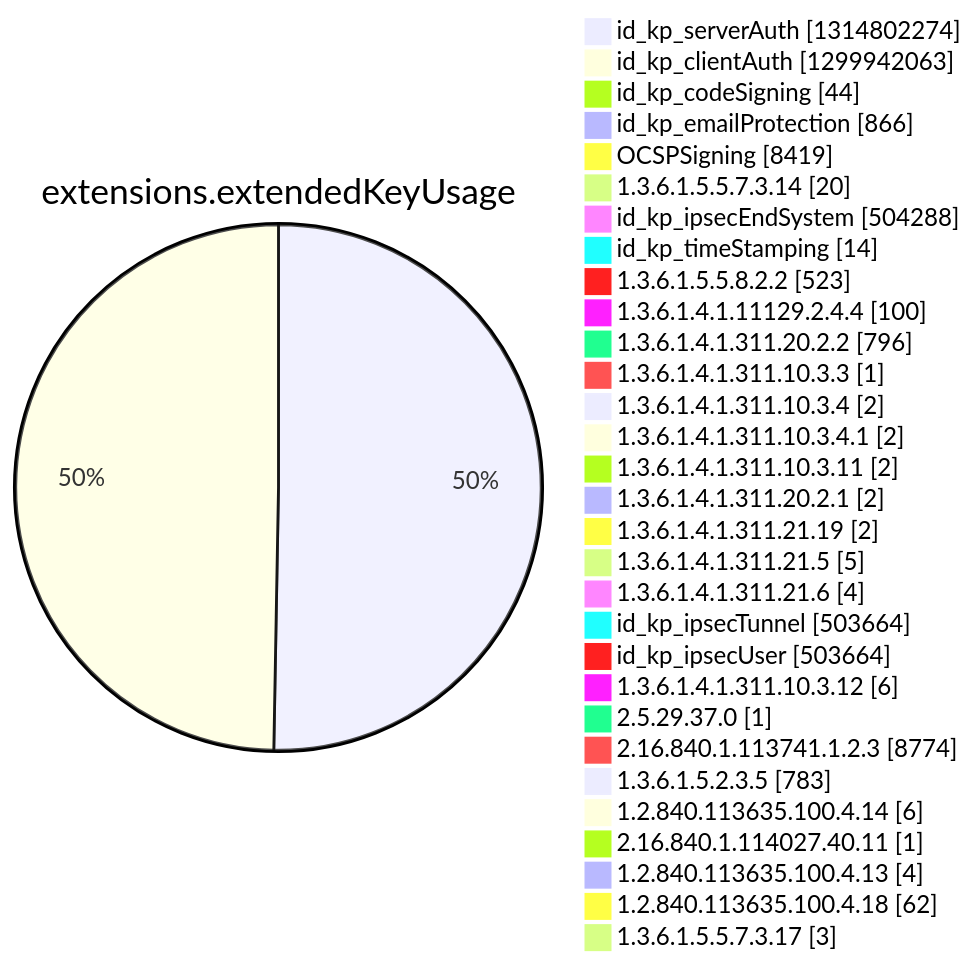
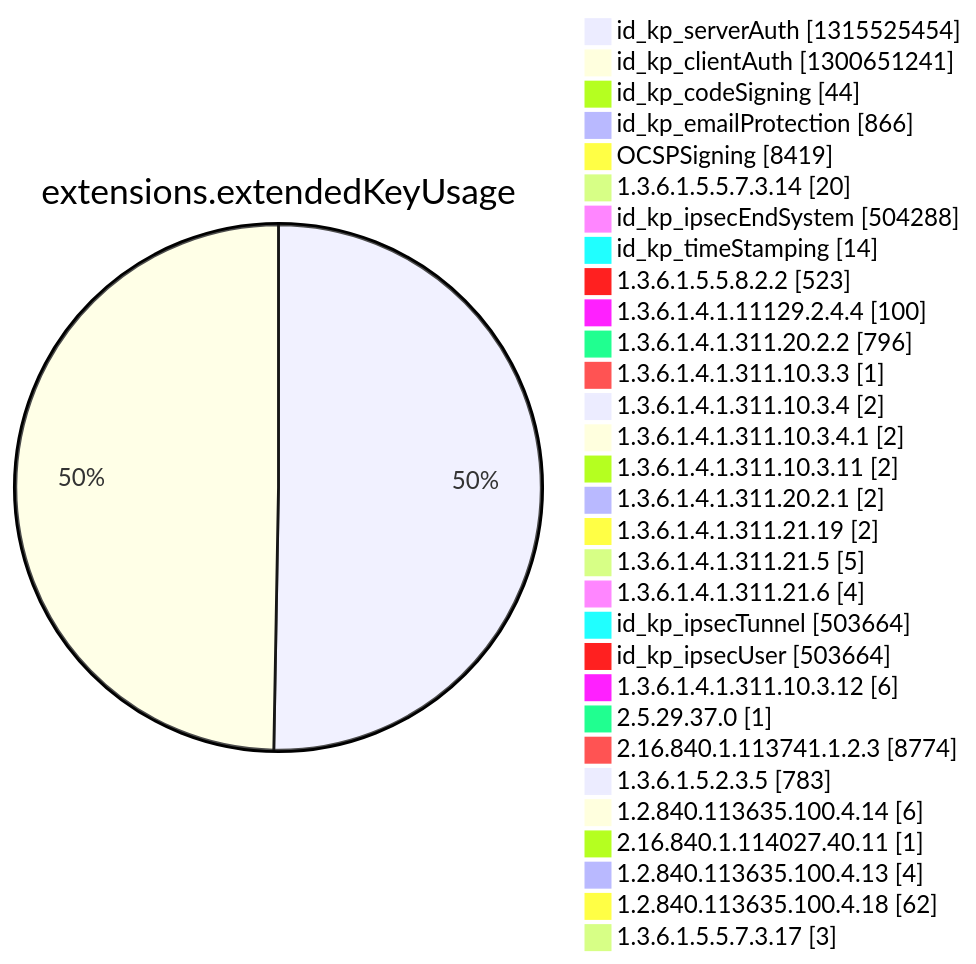
Before and after one commit to christiankrug/ctmonitor_visualization: diagram 12 of 15 in argon2022/README.md, drawn with Mermaid. The commit also changed other lines of this file, not shown here.

````diff
--- a/argon2022/README.md
+++ b/argon2022/README.md
@@ -3552,34 +3552,34 @@
 ```mermaid
 pie showData
 title extensions.extendedKeyUsage
-"id_kp_serverAuth" :1314802274
-"id_kp_clientAuth" :1299942063
+"id_kp_serverAuth" :1315525454
+"id_kp_clientAuth" :1300651241
 "id_kp_codeSigning" :44
 "id_kp_emailProtection" :866
 "OCSPSigning" :8419
 "1.3.6.1.5.5.7.3.14" :20
 "id_kp_ipsecEndSystem" :504288
 "id_kp_timeStamping" :14
 "1.3.6.1.5.5.8.2.2" :523
 "1.3.6.1.4.1.11129.2.4.4" :100
 "1.3.6.1.4.1.311.20.2.2" :796
 "1.3.6.1.4.1.311.10.3.3" :1
 "1.3.6.1.4.1.311.10.3.4" :2
 "1.3.6.1.4.1.311.10.3.4.1" :2
 "1.3.6.1.4.1.311.10.3.11" :2
 "1.3.6.1.4.1.311.20.2.1" :2
 "1.3.6.1.4.1.311.21.19" :2
 "1.3.6.1.4.1.311.21.5" :5
 "1.3.6.1.4.1.311.21.6" :4
 "id_kp_ipsecTunnel" :503664
 "id_kp_ipsecUser" :503664
 "1.3.6.1.4.1.311.10.3.12" :6
 "2.5.29.37.0" :1
 "2.16.840.1.113741.1.2.3" :8774
 "1.3.6.1.5.2.3.5" :783
 "1.2.840.113635.100.4.14" :6
 "2.16.840.1.114027.40.11" :1
 "1.2.840.113635.100.4.13" :4
 "1.2.840.113635.100.4.18" :62
 "1.3.6.1.5.5.7.3.17" :3
 ```
````
